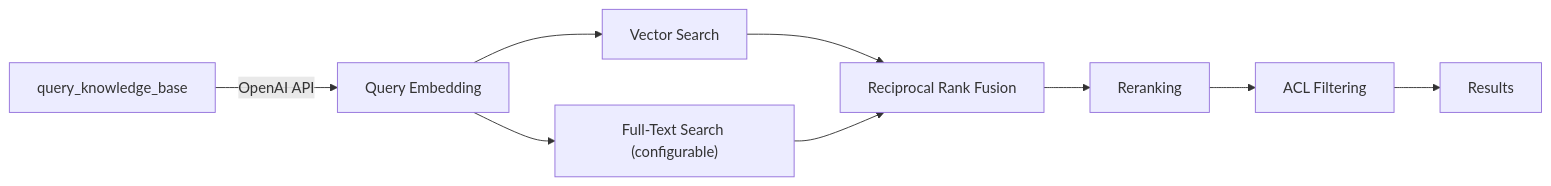
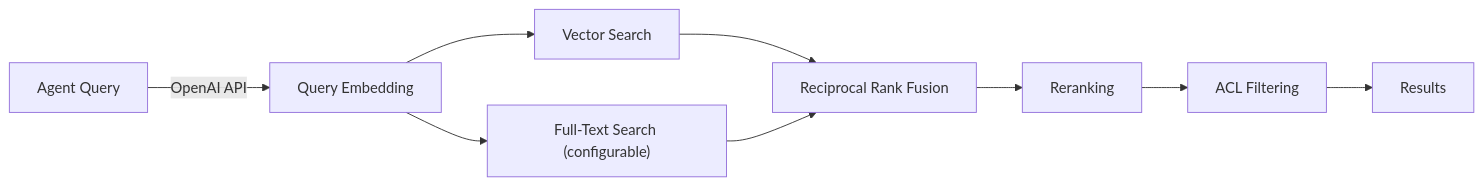
One commit to 64johnlee/archestra changed the second of 2 diagrams in docs/pages/platform-knowledge-bases.md. Above: the diagram before and after it, drawn with Mermaid. The commit also changed other lines of this file and 60 other files, not shown here.

````diff
--- a/docs/pages/platform-knowledge-bases.md
+++ b/docs/pages/platform-knowledge-bases.md
@@ -38,11 +38,11 @@
 ```mermaid
 flowchart LR
-    Q[query_knowledge_base] -->|OpenAI API| QE[Query Embedding]
+    Q[Agent Query] -->|OpenAI API| QE[Query Embedding]
     QE --> VS[Vector Search]
     QE --> FTS["Full-Text Search (configurable)"]
     VS --> RRF[Reciprocal Rank Fusion]
     FTS --> RRF
     RRF --> RR[Reranking]
     RR --> ACL[ACL Filtering]
     ACL --> R[Results]
 ```
````
